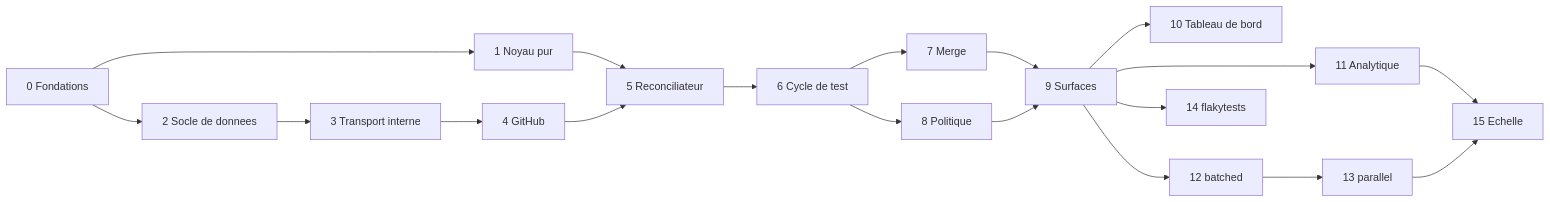
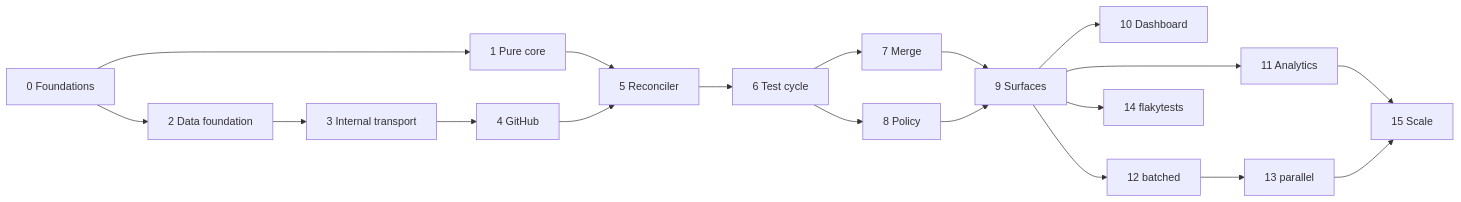
Before and after one commit to getcihub/cihub: the diagram in docs/LOTS.md, drawn with Mermaid. The commit also changed other lines of this file and 131 other files, not shown here.

Commit message:
chore: improve agentic flow

````diff
--- a/docs/LOTS.md
+++ b/docs/LOTS.md
@@ -52,21 +52,21 @@
 ```mermaid
 flowchart LR
-  L0[0 Fondations] --> L1[1 Noyau pur]
-  L0 --> L2[2 Socle de donnees]
-  L2 --> L3[3 Transport interne]
+  L0[0 Foundations] --> L1[1 Pure core]
+  L0 --> L2[2 Data foundation]
+  L2 --> L3[3 Internal transport]
   L3 --> L4[4 GitHub]
-  L1 --> L5[5 Reconciliateur]
+  L1 --> L5[5 Reconciler]
   L4 --> L5
-  L5 --> L6[6 Cycle de test]
+  L5 --> L6[6 Test cycle]
   L6 --> L7[7 Merge]
-  L6 --> L8[8 Politique]
+  L6 --> L8[8 Policy]
   L7 --> L9[9 Surfaces]
   L8 --> L9
-  L9 --> L10[10 Tableau de bord]
-  L9 --> L11[11 Analytique]
+  L9 --> L10[10 Dashboard]
+  L9 --> L11[11 Analytics]
   L9 --> L12[12 batched]
   L9 --> L14[14 flakytests]
   L12 --> L13[13 parallel]
-  L11 --> L15[15 Echelle]
+  L11 --> L15[15 Scale]
   L13 --> L15
 ```
````
